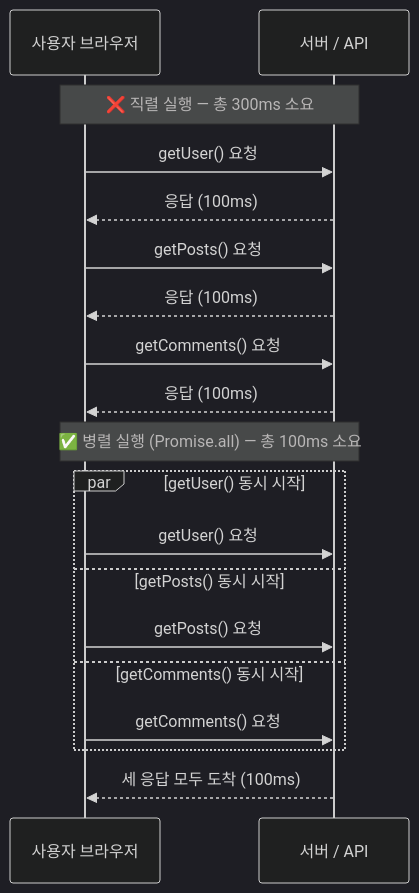
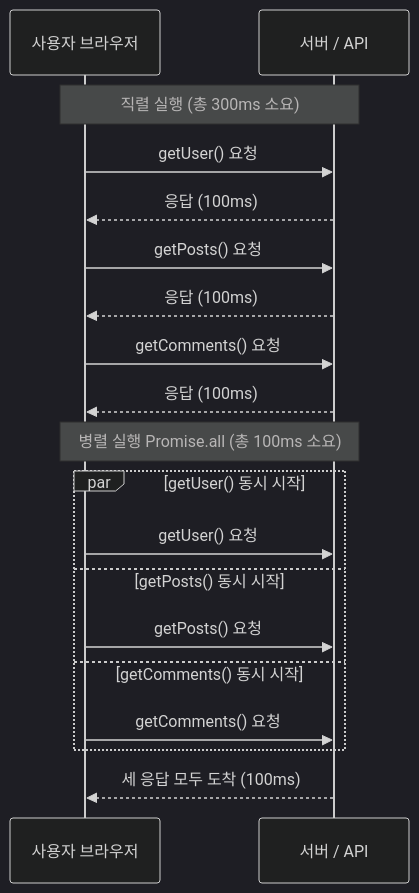
Before and after one commit to terry3838/vercel-agent-skills-guide: the second of 2 diagrams in categories/react-best-practices.md, drawn with Mermaid (dark theme). The commit also changed 5 other files, not shown here.

First line of the commit message:
fix: GitHub Mermaid 렌더러 호환성 오류 수정

````diff
--- a/categories/react-best-practices.md
+++ b/categories/react-best-practices.md
@@ -88,25 +88,25 @@
 ```mermaid
 sequenceDiagram
     participant U as 사용자 브라우저
     participant S as 서버 / API
 
-    Note over U,S: ❌ 직렬 실행 — 총 300ms 소요
+    Note over U,S: 직렬 실행 (총 300ms 소요)
 
     U->>S: getUser() 요청
     S-->>U: 응답 (100ms)
     U->>S: getPosts() 요청
     S-->>U: 응답 (100ms)
     U->>S: getComments() 요청
     S-->>U: 응답 (100ms)
 
-    Note over U,S: ✅ 병렬 실행 (Promise.all) — 총 100ms 소요
+    Note over U,S: 병렬 실행 Promise.all (총 100ms 소요)
 
     par getUser() 동시 시작
         U->>S: getUser() 요청
     and getPosts() 동시 시작
         U->>S: getPosts() 요청
     and getComments() 동시 시작
         U->>S: getComments() 요청
     end
     S-->>U: 세 응답 모두 도착 (100ms)
 ```
````
